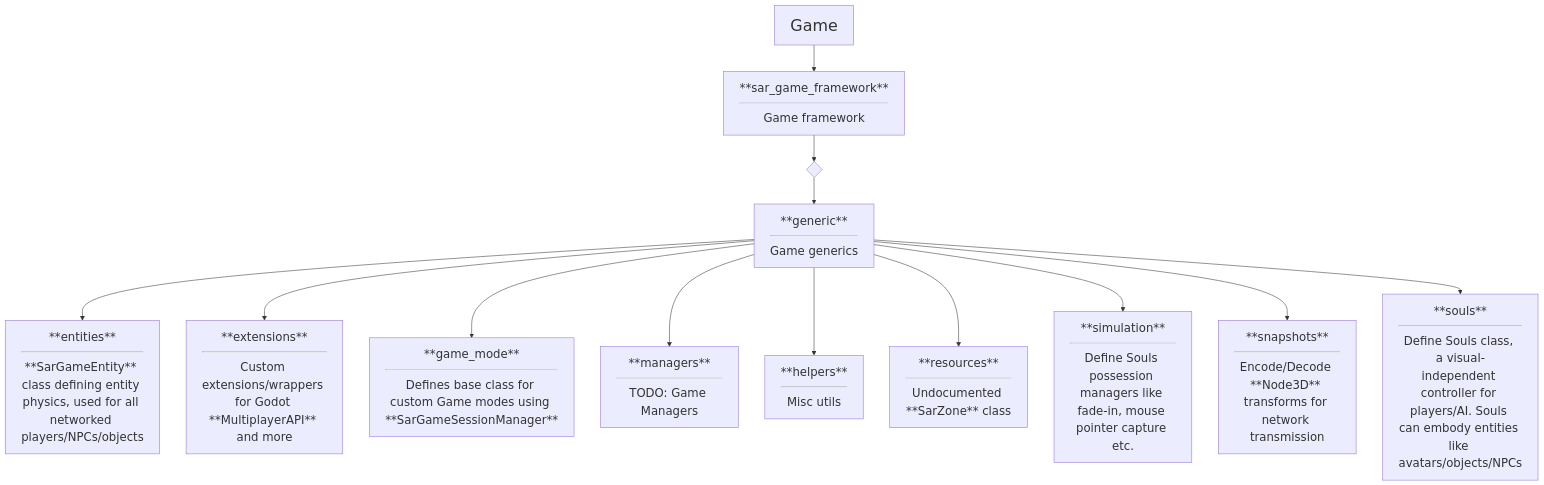
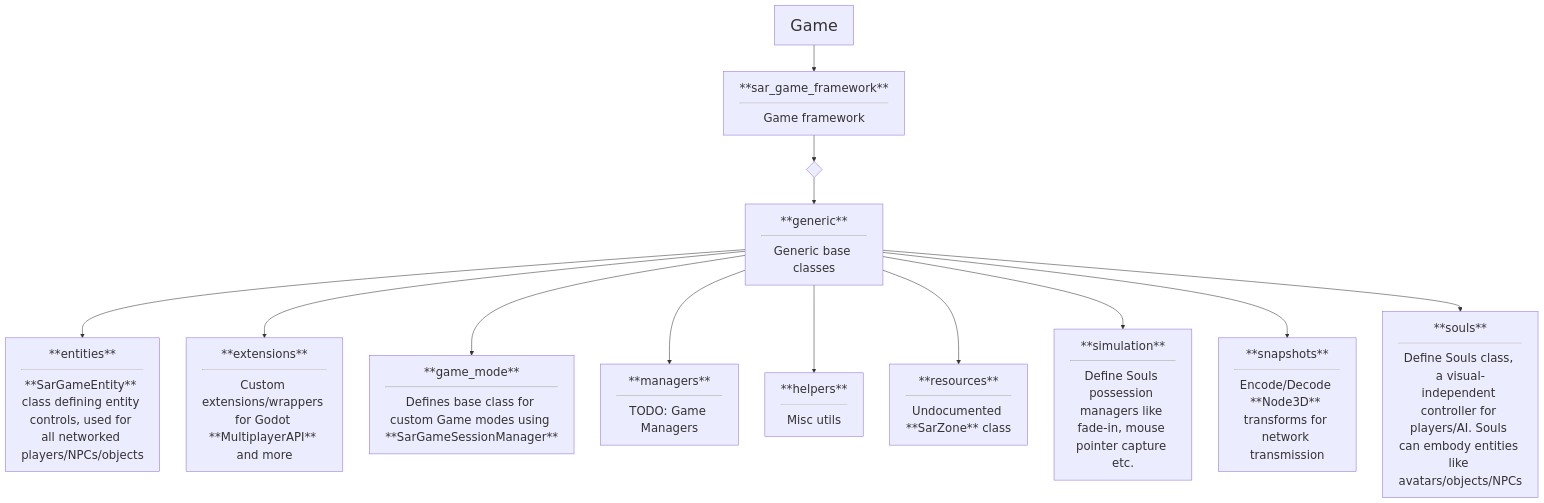
One commit to dragonhunt02/v-sekai-game changed the second of 11 diagrams in CODEBASE.md. Above: the diagram before and after it, drawn with Mermaid. The commit also changed other lines of this file, not shown here.

````diff
--- a/CODEBASE.md
+++ b/CODEBASE.md
@@ -20,19 +20,19 @@
 ```mermaid
 
 %%{init: {'themeVariables': { 'fontSize': '22px' }}}%%
 flowchart TD
         Game --> addon11[**sar_game_framework**<hr>Game framework]
             addon11 --> ctrl1{" "}
-            ctrl1 --> dir1[**generic**<hr>Game generics]
-            dir1 --> dir2[**entities**<hr>**SarGameEntity** class defining entity physics, used for all networked players/NPCs/objects]
+            ctrl1 --> dir1[**generic**<hr>Generic base classes]
+            dir1 --> dir2[**entities**<hr>**SarGameEntity** class defining entity controls, used for all networked players/NPCs/objects]
             dir1 --> dir3[**extensions**<hr>Custom extensions/wrappers for Godot **MultiplayerAPI** and more]
             dir1 --> dir4[**game_mode**<hr>Defines base class for custom Game modes using **SarGameSessionManager**]
             dir1 --> dir5[**managers**<hr>TODO: Game Managers]
             dir1 --> dir6[**helpers**<hr>Misc utils]
             dir1 --> dir7[**resources**<hr>Undocumented **SarZone** class]
             dir1 --> dir8[**simulation**<hr>Define Souls possession managers like fade-in, mouse pointer capture etc.]
             dir1 --> dir9[**snapshots**<hr>Encode/Decode **Node3D** transforms for network transmission]
             dir1 --> dir10[**souls**<hr>Define Souls class, a visual-independent controller for players/AI. Souls can embody entities like avatars/objects/NPCs]
     classDef Category font-size:30px
     class Game Category
 ```
````
